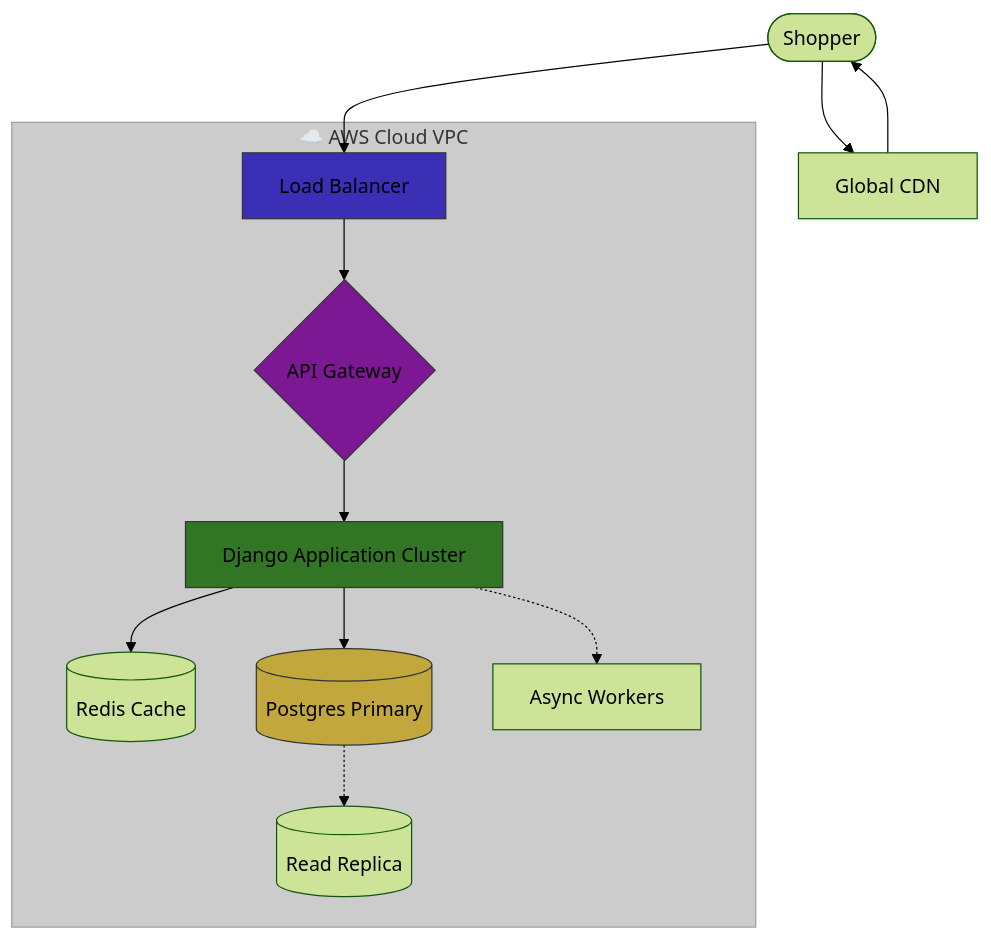
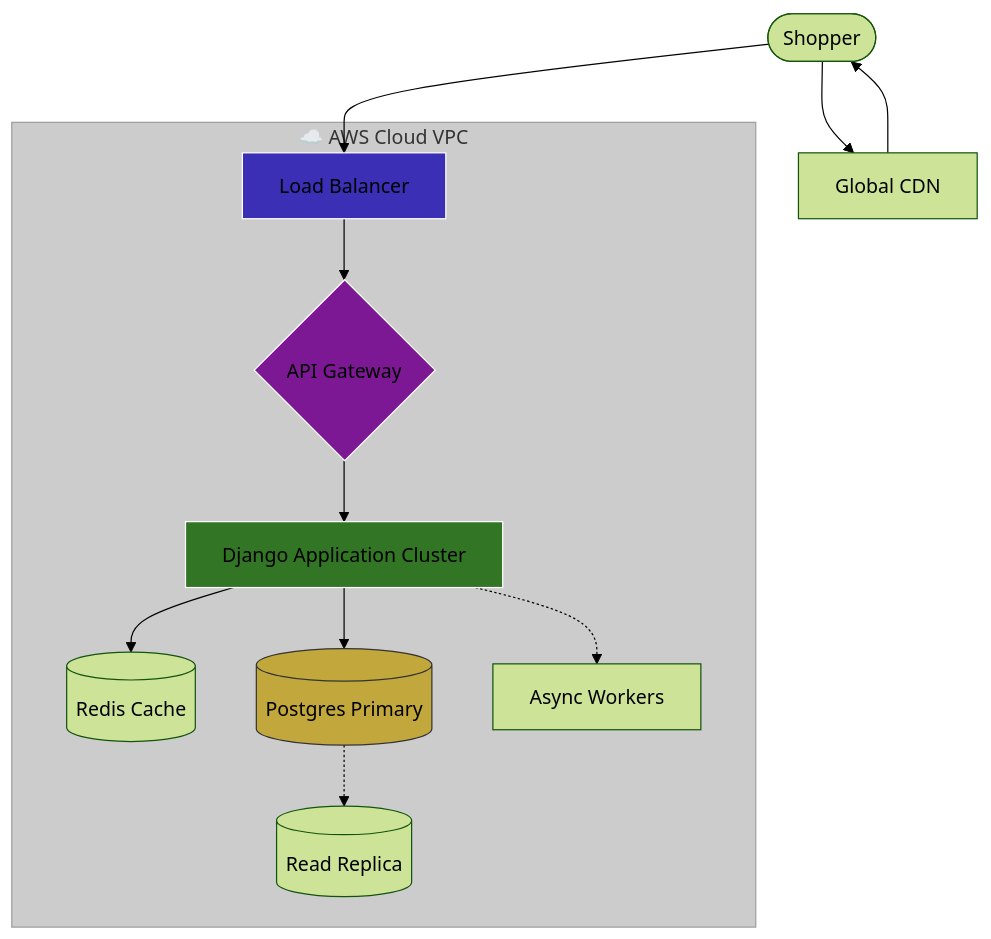
Before and after one commit to antoniojlm84/super-fintech-payment: the diagram in documentation/business_scaling_presentation.md, drawn with Mermaid (forest theme).

Commit message:
change colors

````diff
--- a/documentation/business_scaling_presentation.md
+++ b/documentation/business_scaling_presentation.md
@@ -23,22 +23,22 @@
 ```mermaid
 graph TD
     subgraph Cloud["☁️ AWS Cloud VPC"]
         LB[Load Balancer] --> API{API Gateway}
         API --> Django[Django Application Cluster]
         Django --> Redis[(Redis Cache)]
         Django --> DB[(Postgres Primary)]
         DB -.-> Read[(Read Replica)]
         
         Django -.-> Workers[Async Workers]
     end
     
     User([Shopper]) --> CDN[Global CDN]
     CDN --> User
     User --> LB
     
     style Cloud fill:#CCCCCC,stroke:#9e9e9e,color:#333
-    style LB fill:#3A2FB5,stroke:#333
-    style API fill:#7D1894,stroke:#333
-    style Django fill:#327524,stroke:#333
+    style LB fill:#3A2FB5,stroke:#fff
+    style API fill:#7D1894,stroke:#fff
+    style Django fill:#327524,stroke:#fff
     style DB fill:#C2A83C,stroke:#333
 ```
````
